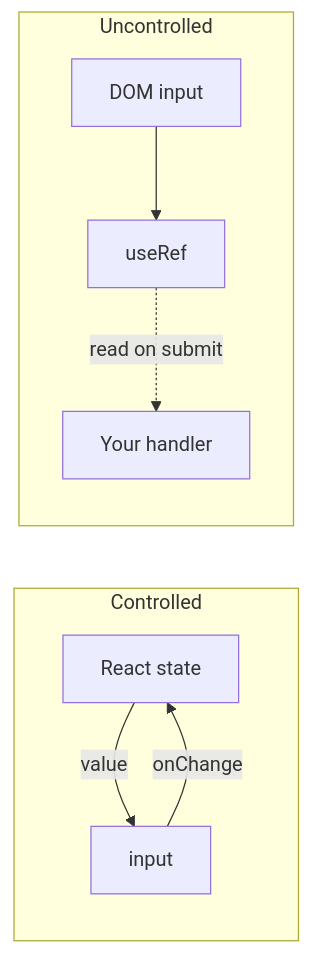
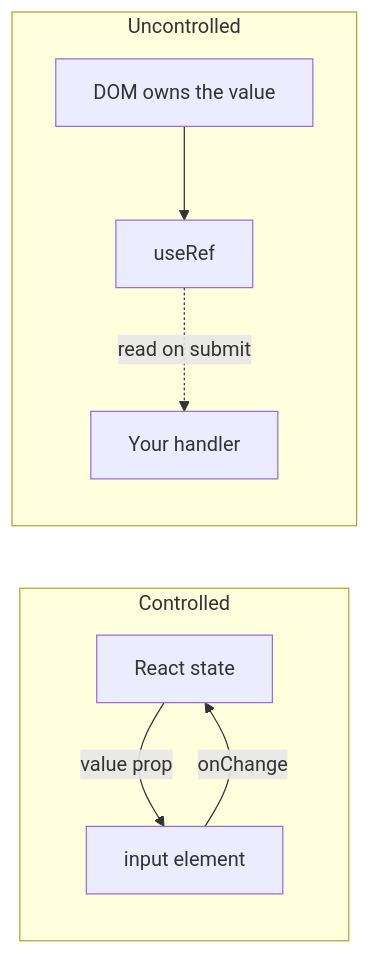
The tenth of 10 diagrams in arguments/chapters/01-fundamentals.md (BabaScience/react-guides), drawn with Mermaid before and after one commit. The commit also changed other lines of this file and 46 other files, not shown here.

````diff
--- a/arguments/chapters/01-fundamentals.md
+++ b/arguments/chapters/01-fundamentals.md
@@ -1060,11 +1227,11 @@
 ```mermaid
 graph LR
     subgraph Controlled
-        State[React state] -->|value| Input1[input]
+        State[React state] -->|value prop| Input1[input element]
         Input1 -->|onChange| State
     end
     subgraph Uncontrolled
-        DOM[DOM input] --> Ref[useRef]
+        DOM[DOM owns the value] --> Ref[useRef]
         Ref -.->|read on submit| Code[Your handler]
     end
 ```
````
